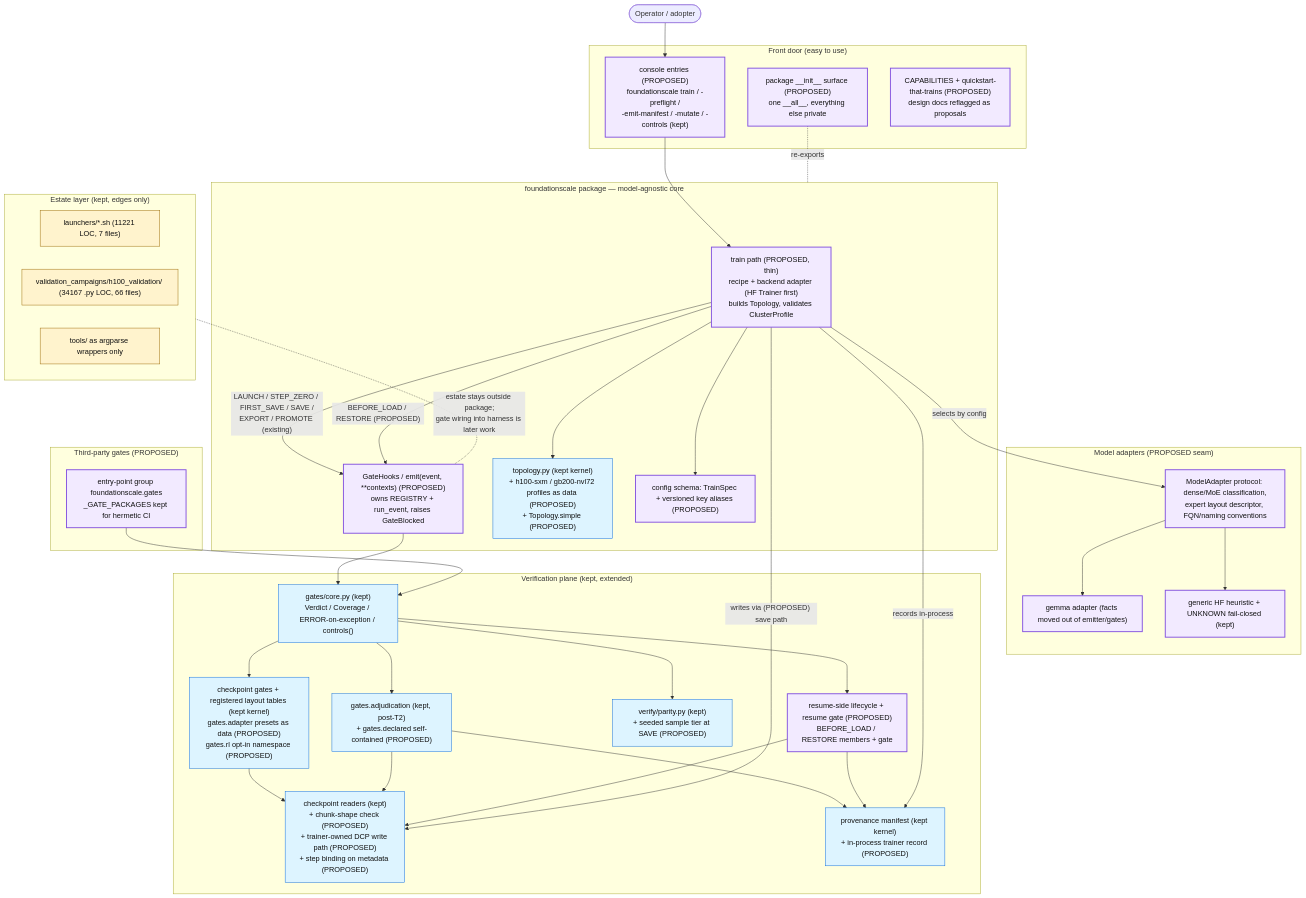
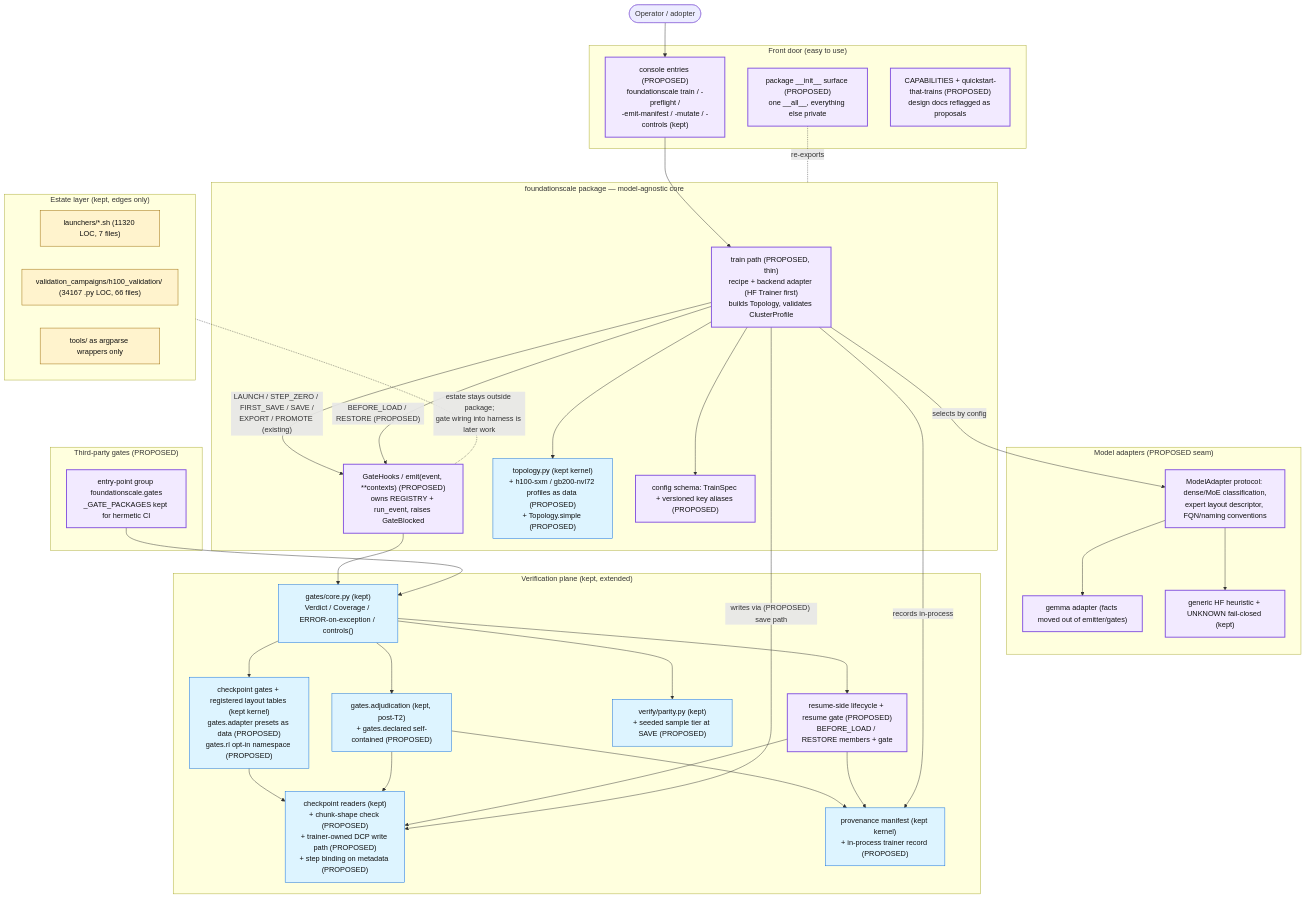
One commit to TranNhiem/FoundationScale changed the diagram in docs/review/D5_proposed_architecture.md. Above: the diagram before and after it, drawn with Mermaid. The commit also changed other lines of this file and 10 other files, not shown here.

````diff
--- a/docs/review/D5_proposed_architecture.md
+++ b/docs/review/D5_proposed_architecture.md
@@ -13,74 +13,74 @@
 ```mermaid
 flowchart TB
   U(["Operator / adopter"])
 
   subgraph FRONT["Front door (easy to use)"]
     CLI["console entries (PROPOSED)<br/>foundationscale train / -preflight /<br/>-emit-manifest / -mutate / -controls (kept)"]
     SURF["package __init__ surface (PROPOSED)<br/>one __all__, everything else private"]
     DOCS["CAPABILITIES + quickstart-that-trains (PROPOSED)<br/>design docs reflagged as proposals"]
   end
 
   subgraph CORE["foundationscale package — model-agnostic core"]
     TRAIN["train path (PROPOSED, thin)<br/>recipe + backend adapter (HF Trainer first)<br/>builds Topology, validates ClusterProfile"]
     HOOKS["GateHooks / emit(event, **contexts) (PROPOSED)<br/>owns REGISTRY + run_event, raises GateBlocked"]
     TOPO["topology.py (kept kernel)<br/>+ h100-sxm / gb200-nvl72 profiles as data (PROPOSED)<br/>+ Topology.simple (PROPOSED)"]
     CONFIG["config schema: TrainSpec + versioned key aliases (PROPOSED)"]
   end
 
   subgraph ADAPT["Model adapters (PROPOSED seam)"]
     MA["ModelAdapter protocol: dense/MoE classification,<br/>expert layout descriptor, FQN/naming conventions"]
     GEM["gemma adapter (facts moved out of emitter/gates)"]
     HF["generic HF heuristic + UNKNOWN fail-closed (kept)"]
   end
 
   subgraph VERIFY["Verification plane (kept, extended)"]
     GCORE["gates/core.py (kept)<br/>Verdict / Coverage / ERROR-on-exception / controls()"]
     GCK["checkpoint gates + registered layout tables (kept kernel)<br/>gates.adapter presets as data (PROPOSED)<br/>gates.rl opt-in namespace (PROPOSED)"]
     ADJ["gates.adjudication (kept, post-T2)<br/>+ gates.declared self-contained (PROPOSED)"]
     PAR["verify/parity.py (kept)<br/>+ seeded sample tier at SAVE (PROPOSED)"]
     CKIO["checkpoint readers (kept)<br/>+ chunk-shape check (PROPOSED)<br/>+ trainer-owned DCP write path (PROPOSED)<br/>+ step binding on metadata (PROPOSED)"]
     PROV["provenance manifest (kept kernel)<br/>+ in-process trainer record (PROPOSED)"]
     RES["resume-side lifecycle + resume gate (PROPOSED)<br/>BEFORE_LOAD / RESTORE members + gate"]
   end
 
   subgraph PLUG["Third-party gates (PROPOSED)"]
     EP["entry-point group foundationscale.gates<br/>_GATE_PACKAGES kept for hermetic CI"]
   end
 
   subgraph ESTATE["Estate layer (kept, edges only)"]
-    LAU["launchers/*.sh (11221 LOC, 7 files)"]
+    LAU["launchers/*.sh (11320 LOC, 7 files)"]
     H100["validation_campaigns/h100_validation/ (34167 .py LOC, 66 files)"]
     WRAP["tools/ as argparse wrappers only"]
   end
 
   U --> CLI --> TRAIN
   SURF -. re-exports .- CORE
   TRAIN --> TOPO
   TRAIN --> CONFIG
   TRAIN -- "selects by config" --> MA
   MA --> GEM
   MA --> HF
   TRAIN -- "LAUNCH / STEP_ZERO / FIRST_SAVE / SAVE /<br/>EXPORT / PROMOTE (existing)" --> HOOKS
   TRAIN -- "BEFORE_LOAD / RESTORE (PROPOSED)" --> HOOKS
   HOOKS --> GCORE
   EP --> GCORE
   GCORE --> GCK
   GCORE --> ADJ
   GCORE --> PAR
   GCORE --> RES
   GCK --> CKIO
   ADJ --> CKIO
   ADJ --> PROV
   RES --> CKIO
   RES --> PROV
   TRAIN -- "writes via (PROPOSED) save path" --> CKIO
   TRAIN -- "records in-process" --> PROV
   ESTATE -. "estate stays outside package;<br/>gate wiring into harness is later work" .- HOOKS
 
   classDef new fill:#f2eaff,stroke:#8250df,stroke-width:2px,color:#111;
   classDef kept fill:#ddf4ff,stroke:#0969da,color:#111;
   classDef estate fill:#fff3cd,stroke:#9a6700,color:#111;
   class TRAIN,HOOKS,CLI,SURF,DOCS,MA,GEM,HF,RES,EP,CONFIG new;
   class GCORE,GCK,ADJ,PAR,CKIO,PROV,TOPO kept;
   class LAU,H100,WRAP estate;
 ```
````
